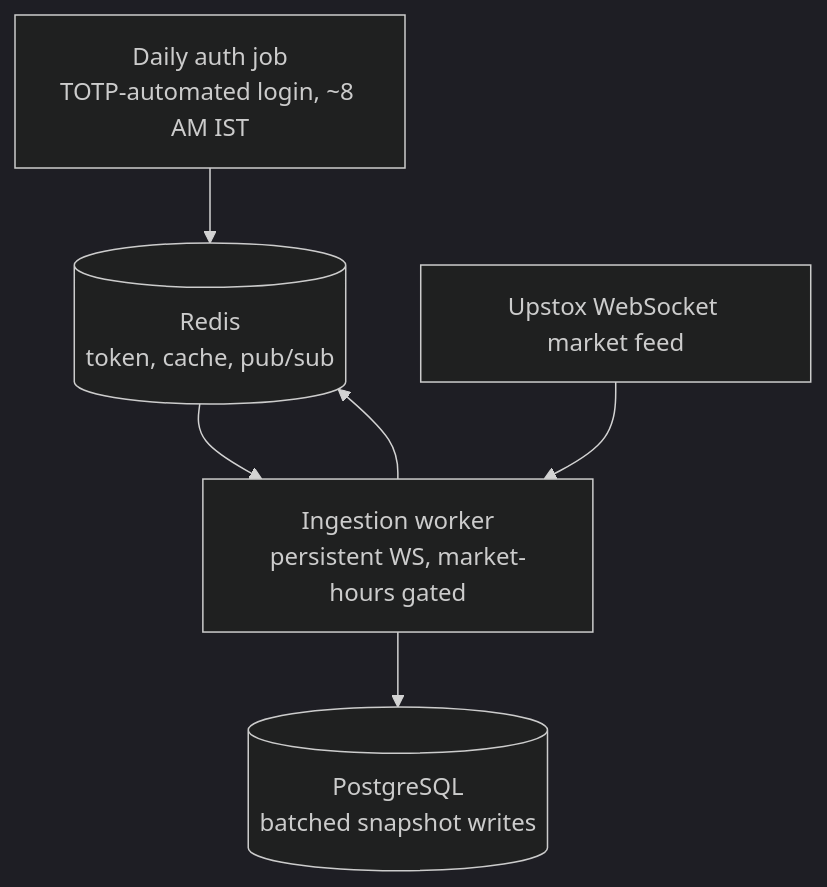
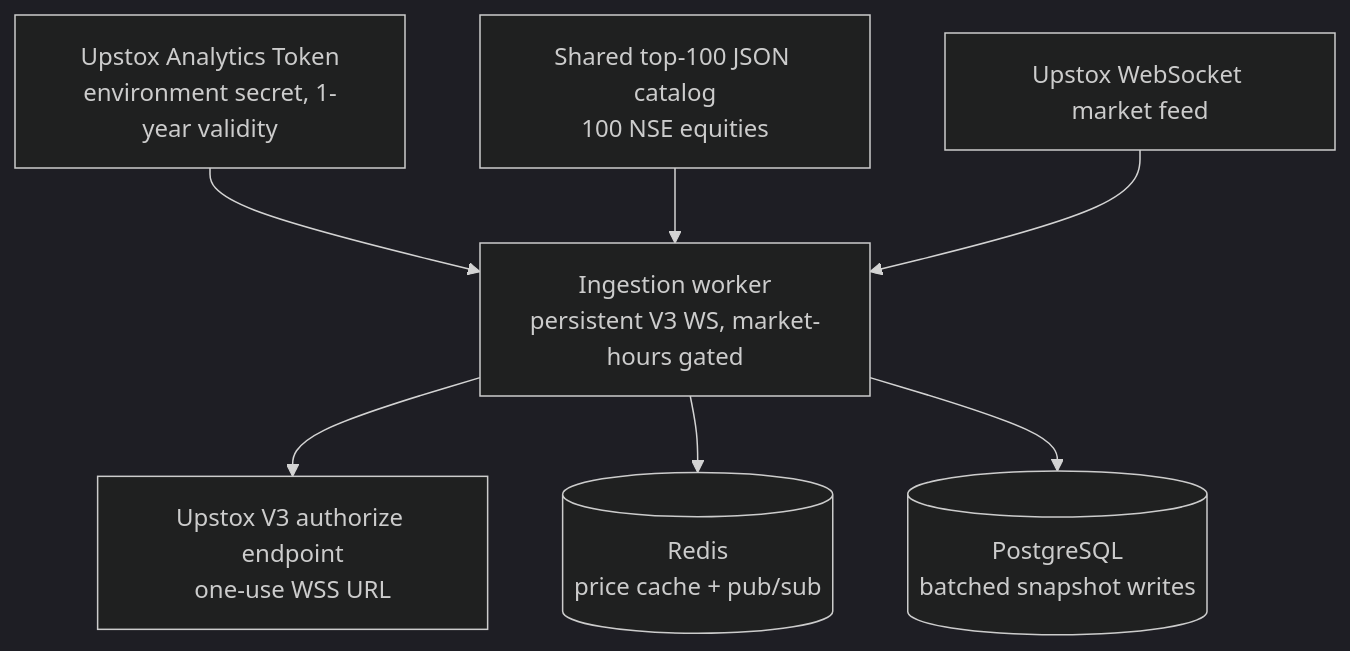
The second of 3 diagrams in docs/ARCHITECTURE.md (anon8bits/tradesim), drawn with Mermaid (dark theme) before and after one commit. The commit also changed other lines of this file and 6 other files, not shown here.

````diff
--- a/docs/ARCHITECTURE.md
+++ b/docs/ARCHITECTURE.md
@@ -18,8 +18,9 @@
 ```mermaid
 flowchart TB
-  auth[Daily auth job<br/>TOTP-automated login, ~8 AM IST] --> redis[(Redis<br/>token, cache, pub/sub)]
-  redis --> w[Ingestion worker<br/>persistent WS, market-hours gated]
+  token[Upstox Analytics Token<br/>environment secret, 1-year validity] --> w[Ingestion worker<br/>persistent V3 WS, market-hours gated]
+  catalog[Shared top-100 JSON catalog<br/>100 NSE equities] --> w
+  w --> authorize[Upstox V3 authorize endpoint<br/>one-use WSS URL]
   feed[Upstox WebSocket market feed] --> w
-  w --> redis
+  w --> redis[(Redis<br/>price cache + pub/sub)]
   w --> pg[(PostgreSQL<br/>batched snapshot writes)]
 ```
````
